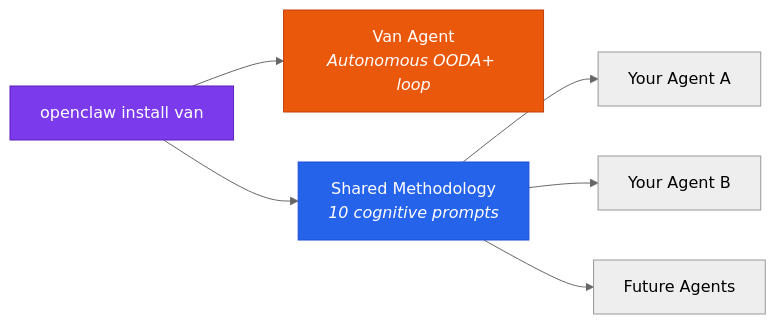
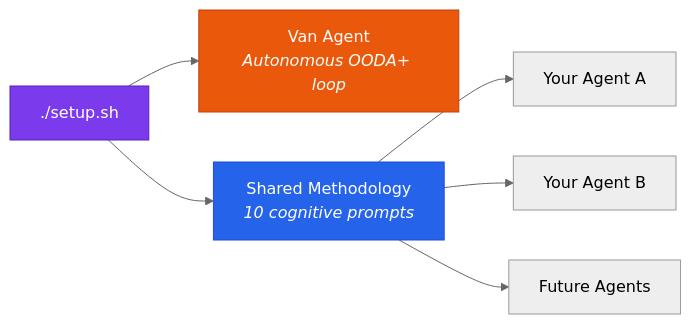
The first of 5 diagrams in README.md (maxwellmelo/van-autonomous-agent), drawn with Mermaid (neutral theme) before and after one commit. The commit also changed other lines of this file and 15 other files, not shown here.

First line of the commit message:
Restructure as proper OpenClaw skill + agent with setup scripts

````diff
--- a/README.md
+++ b/README.md
@@ -23,12 +23,12 @@
 ```mermaid
 graph LR
-    INSTALL["openclaw install van"] --> VAN["Van Agent<br/><i>Autonomous OODA+ loop</i>"]
+    INSTALL["./setup.sh"] --> VAN["Van Agent<br/><i>Autonomous OODA+ loop</i>"]
     INSTALL --> METHOD["Shared Methodology<br/><i>10 cognitive prompts</i>"]
     METHOD --> A1["Your Agent A"]
     METHOD --> A2["Your Agent B"]
     METHOD --> A3["Future Agents"]
 
     style INSTALL fill:#7c3aed,color:#fff,stroke:#5b21b6
     style VAN fill:#ea580c,color:#fff,stroke:#c2410c
     style METHOD fill:#2563eb,color:#fff,stroke:#1d4ed8
 ```
````
